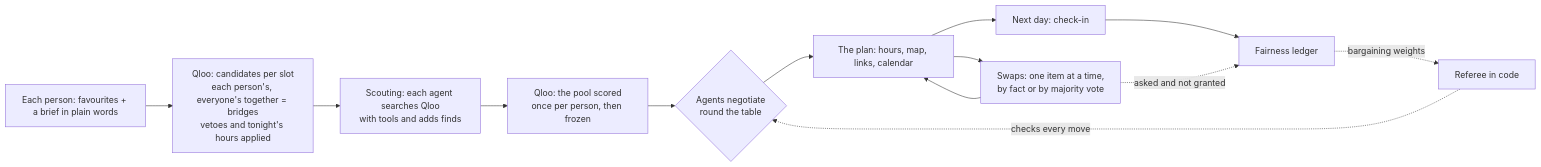
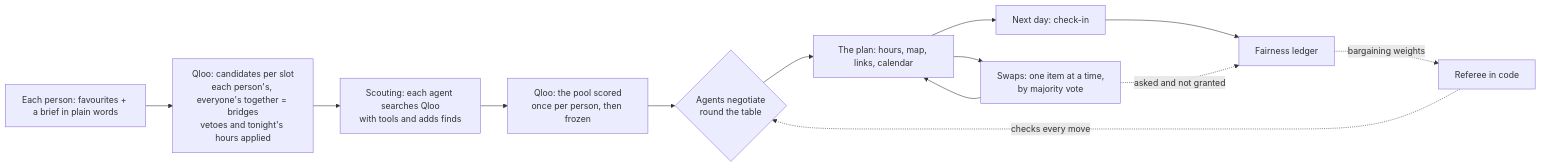
Before and after one commit to yRemo05/truce: the diagram in README.md, drawn with Mermaid. The commit also changed other lines of this file and 8 other files, not shown here.

````diff
--- a/README.md
+++ b/README.md
@@ -22,15 +22,15 @@
 ```mermaid
 flowchart LR
   P1[Each person: favourites + a brief in plain words] --> G
   G[Qloo: candidates per slot<br/>each person's, everyone's together = bridges<br/>vetoes and tonight's hours applied] --> S
   S[Scouting: each agent searches Qloo<br/>with tools and adds finds] --> F[Qloo: the pool scored<br/>once per person, then frozen]
   F --> N{Agents negotiate<br/>round the table}
   R[Referee in code] -. checks every move .-> N
   L[Fairness ledger] -. bargaining weights .-> R
   N --> E[The plan: hours, map, links, calendar]
-  E --> W[Swaps: one item at a time,<br/>by fact or by majority vote]
+  E --> W[Swaps: one item at a time,<br/>by majority vote]
   W --> E
   E --> C[Next day: check-in]
   C --> L
   W -. asked and not granted .-> L
 ```
````
